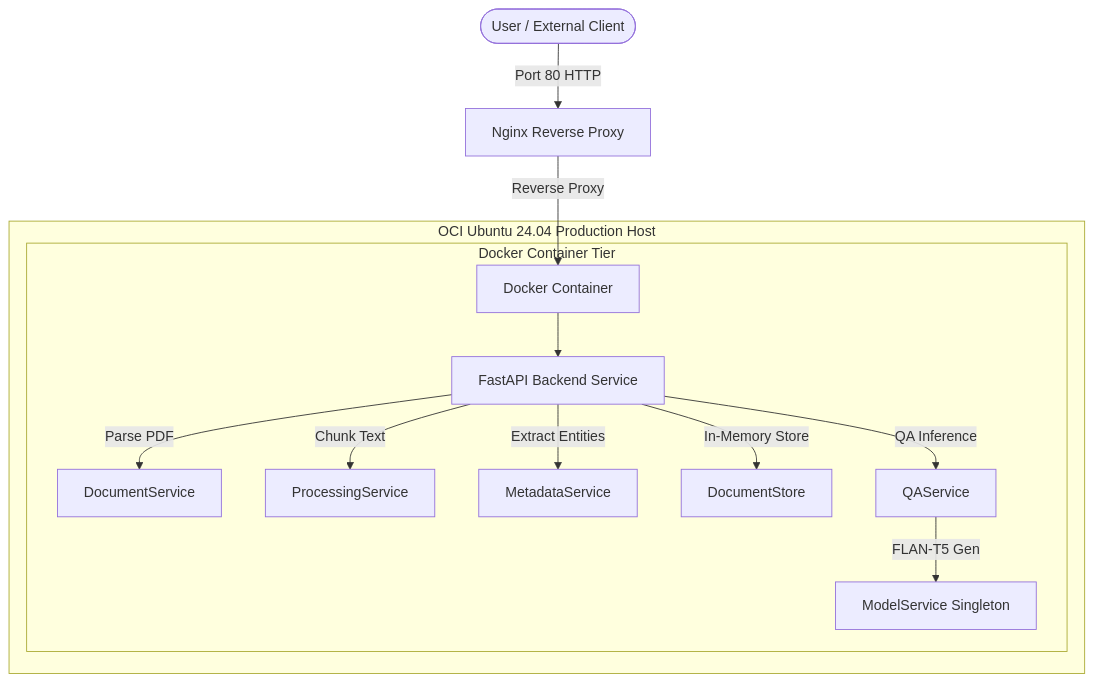
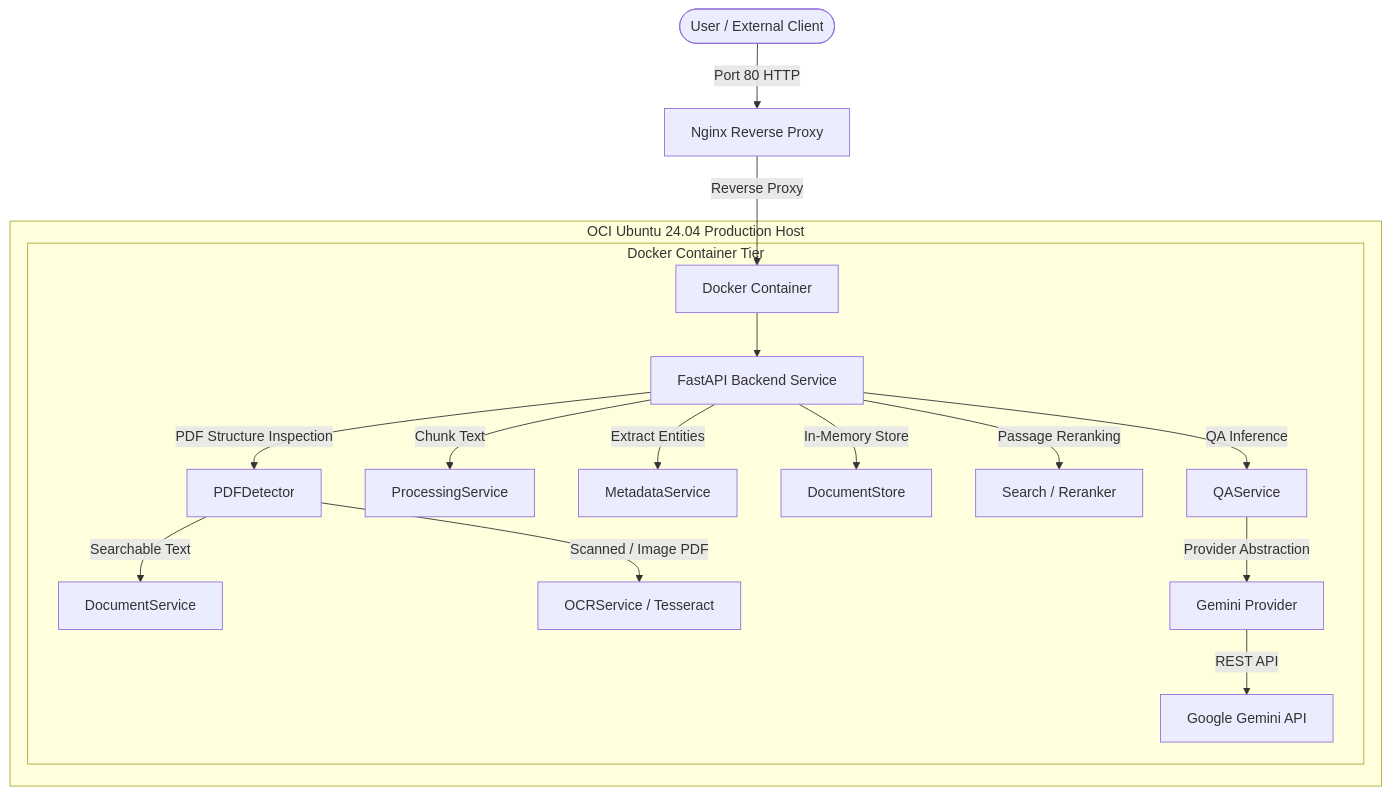
One commit to ParminderSinghGithub/SpectralReader changed the diagram in README.md. Above: the diagram before and after it, drawn with Mermaid. The commit also changed other lines of this file and 2 other files, not shown here.

Commit message:
docs: finalize SpectralReader documentation for Gemini, OCR, and validation updates

````diff
--- a/README.md
+++ b/README.md
@@ -62,18 +63,22 @@
 ```mermaid
 graph TD
     Client([User / External Client]) -->|Port 80 HTTP| Nginx[Nginx Reverse Proxy]
     Nginx -->|Reverse Proxy| Docker[Docker Container]
 
     subgraph OCI Ubuntu 24.04 Production Host
         subgraph Docker Container Tier
             Docker --> API[FastAPI Backend Service]
-            API -->|Parse PDF| DocService[DocumentService]
+            API -->|PDF Structure Inspection| Detector[PDFDetector]
+            Detector -->|Searchable Text| DocService[DocumentService]
+            Detector -->|Scanned / Image PDF| OCRService[OCRService / Tesseract]
             API -->|Chunk Text| ProcService[ProcessingService]
             API -->|Extract Entities| MetaService[MetadataService]
             API -->|In-Memory Store| Storage[DocumentStore]
+            API -->|Passage Reranking| SearchService[Search / Reranker]
             API -->|QA Inference| QAService[QAService]
             
-            QAService -->|FLAN-T5 Gen| Models[ModelService Singleton]
+            QAService -->|Provider Abstraction| GeminiProvider[Gemini Provider]
+            GeminiProvider -->|REST API| GeminiAPI[Google Gemini API]
         end
     end
 ```
````
